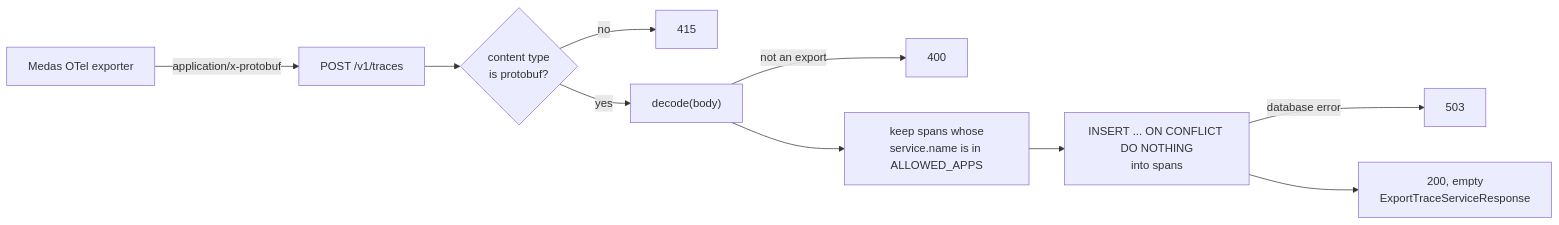
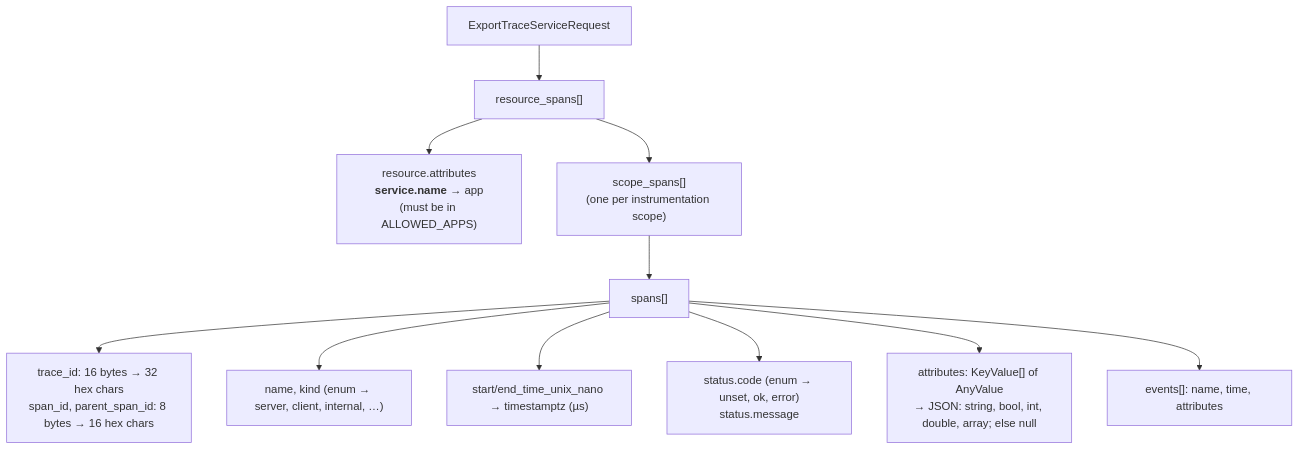
One commit to Nelev/tracescan changed the second of 6 diagrams in README.md. Above: the diagram before and after it, drawn with Mermaid. The commit also changed other lines of this file, not shown here.

First line of the commit message:
docs: rewrite the README for the current architecture

````diff
--- a/README.md
+++ b/README.md
@@ -138,12 +188,13 @@
 ```mermaid
-flowchart LR
-    a["Medas OTel exporter"] -- "application/x-protobuf" --> b["POST /v1/traces"]
-    b --> c{"content type<br/>is protobuf?"}
-    c -- no --> e1["415"]
-    c -- yes --> d["decode(body)"]
-    d -- "not an export" --> e2["400"]
-    d --> f["keep spans whose<br/>service.name is in ALLOWED_APPS"]
-    f --> g["INSERT ... ON CONFLICT DO NOTHING<br/>into spans"]
-    g -- "database error" --> e3["503"]
-    g --> h["200, empty<br/>ExportTraceServiceResponse"]
+flowchart TD
+    req["ExportTraceServiceRequest"] --> rs["resource_spans[]"]
+    rs --> res["resource.attributes<br/><b>service.name</b> → app<br/>(must be in ALLOWED_APPS)"]
+    rs --> ss["scope_spans[]<br/>(one per instrumentation scope)"]
+    ss --> sp["spans[]"]
+    sp --> f1["trace_id: 16 bytes → 32 hex chars<br/>span_id, parent_span_id: 8 bytes → 16 hex chars"]
+    sp --> f2["name, kind (enum → server, client, internal, …)"]
+    sp --> f3["start/end_time_unix_nano → timestamptz (µs)"]
+    sp --> f4["status.code (enum → unset, ok, error)<br/>status.message"]
+    sp --> f5["attributes: KeyValue[] of AnyValue<br/>→ JSON: string, bool, int, double, array; else null"]
+    sp --> f6["events[]: name, time, attributes"]
 ```
````
